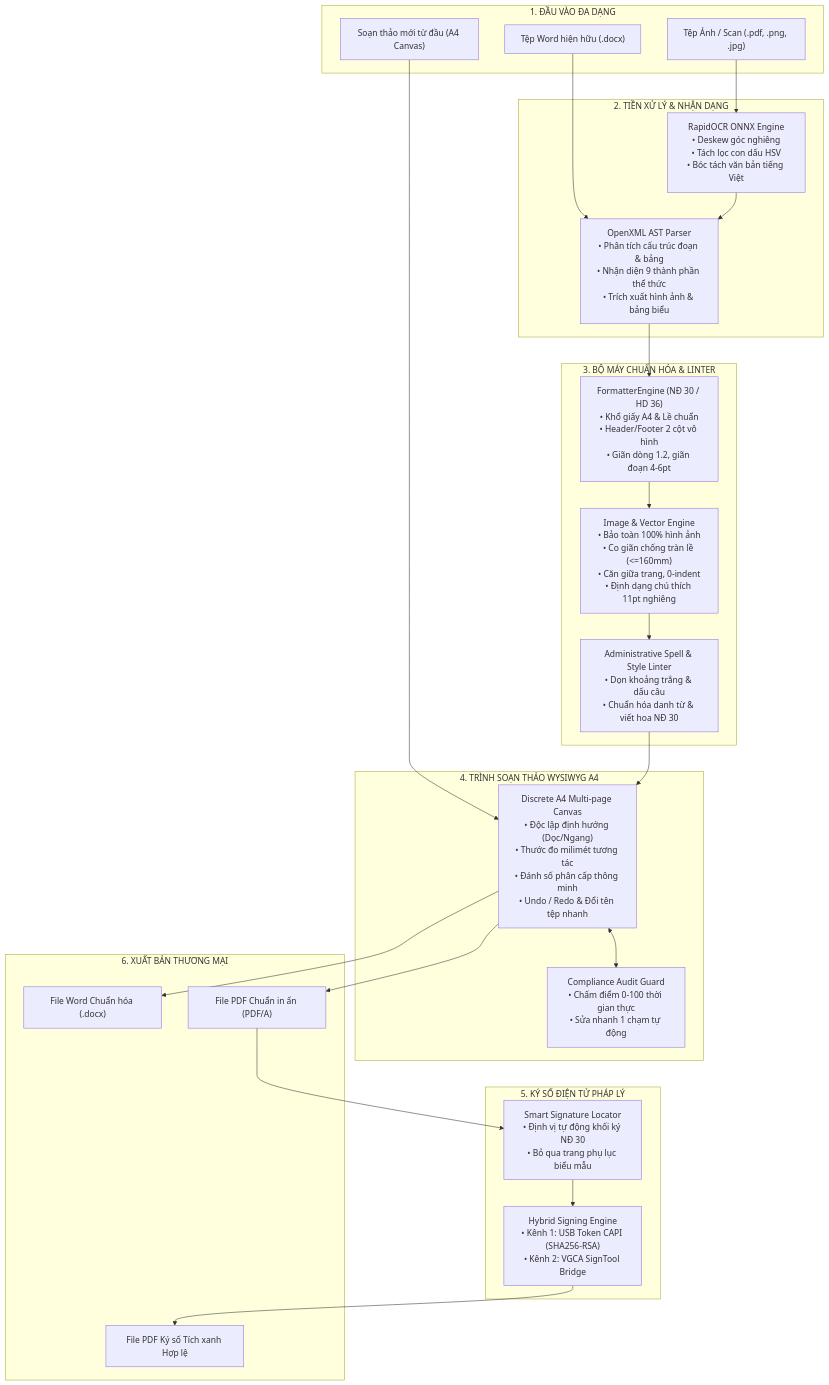
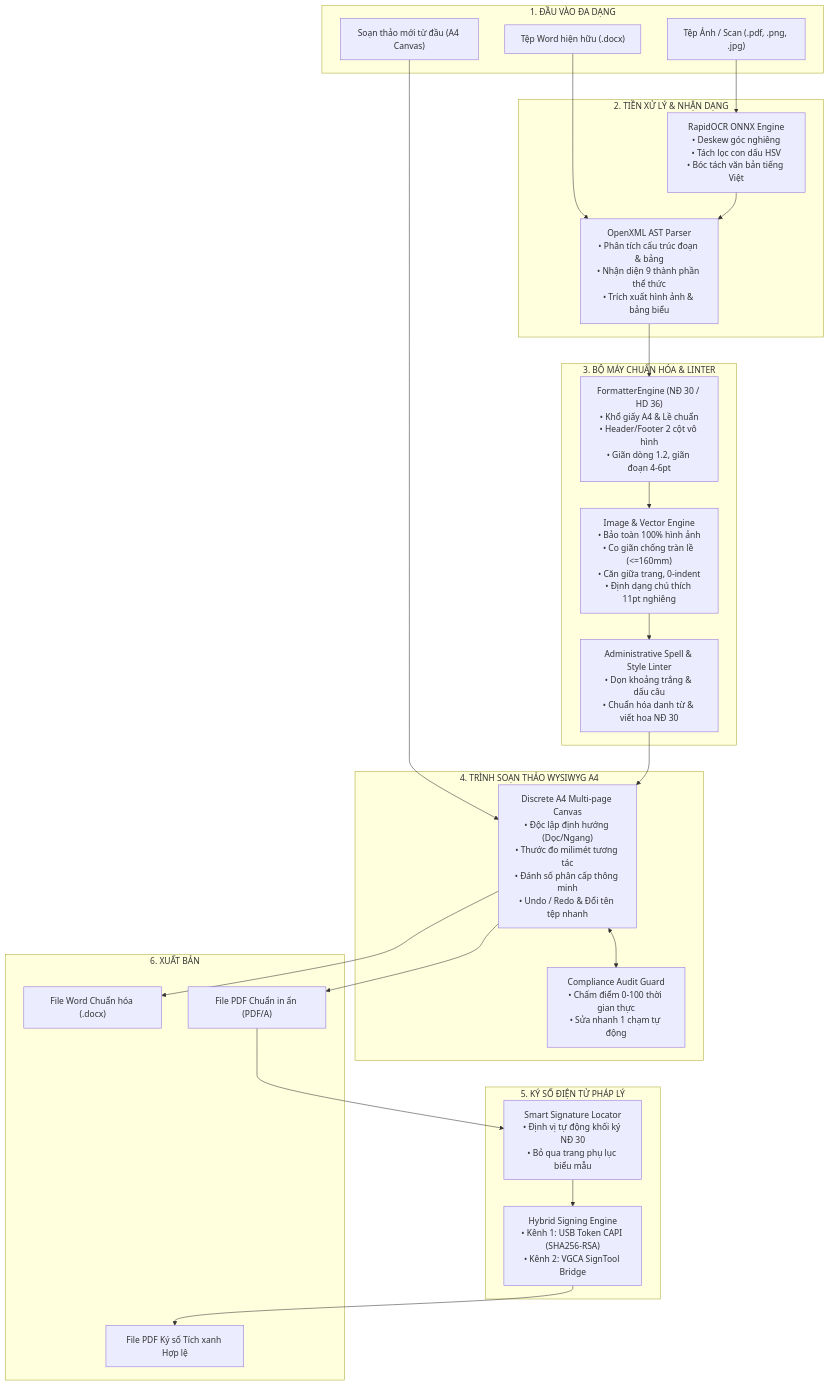
The first of 2 diagrams in TAI_LIEU_DAC_TA_KY_THUAT.md (NguyenManhHieu204/autoFomatter), drawn with Mermaid before and after one commit. The commit also changed other lines of this file and 2 other files, not shown here.

````diff
--- a/TAI_LIEU_DAC_TA_KY_THUAT.md
+++ b/TAI_LIEU_DAC_TA_KY_THUAT.md
@@ -81,48 +81,48 @@
 ```mermaid
 flowchart TD
     subgraph INPUT ["1. ĐẦU VÀO ĐA DẠNG"]
         DocxIn["Tệp Word hiện hữu (.docx)"]
         ScanIn["Tệp Ảnh / Scan (.pdf, .png, .jpg)"]
         NewIn["Soạn thảo mới từ đầu (A4 Canvas)"]
     end
 
     subgraph INGESTION ["2. TIỀN XỬ LÝ & NHẬN DẠNG"]
         OCR["RapidOCR ONNX Engine<br/>• Deskew góc nghiêng<br/>• Tách lọc con dấu HSV<br/>• Bóc tách văn bản tiếng Việt"]
         AST["OpenXML AST Parser<br/>• Phân tích cấu trúc đoạn & bảng<br/>• Nhận diện 9 thành phần thể thức<br/>• Trích xuất hình ảnh & bảng biểu"]
     end
 
     subgraph NORMALIZATION ["3. BỘ MÁY CHUẨN HÓA & LINTER"]
         Engine["FormatterEngine (NĐ 30 / HD 36)<br/>• Khổ giấy A4 & Lề chuẩn<br/>• Header/Footer 2 cột vô hình<br/>• Giãn dòng 1.2, giãn đoạn 4-6pt"]
         ImgEngine["Image & Vector Engine<br/>• Bảo toàn 100% hình ảnh<br/>• Co giãn chống tràn lề (<=160mm)<br/>• Căn giữa trang, 0-indent<br/>• Định dạng chú thích 11pt nghiêng"]
         Linter["Administrative Spell & Style Linter<br/>• Dọn khoảng trắng & dấu câu<br/>• Chuẩn hóa danh từ & viết hoa NĐ 30"]
     end
 
     subgraph EDITOR ["4. TRÌNH SOẠN THẢO WYSIWYG A4"]
         Canvas["Discrete A4 Multi-page Canvas<br/>• Độc lập định hướng (Dọc/Ngang)<br/>• Thước đo milimét tương tác<br/>• Đánh số phân cấp thông minh<br/>• Undo / Redo & Đổi tên tệp nhanh"]
         Audit["Compliance Audit Guard<br/>• Chấm điểm 0-100 thời gian thực<br/>• Sửa nhanh 1 chạm tự động"]
     end
 
     subgraph SIGNING ["5. KÝ SỐ ĐIỆN TỬ PHÁP LÝ"]
         SmartLoc["Smart Signature Locator<br/>• Định vị tự động khối ký NĐ 30<br/>• Bỏ qua trang phụ lục biểu mẫu"]
         HybridSign["Hybrid Signing Engine<br/>• Kênh 1: USB Token CAPI (SHA256-RSA)<br/>• Kênh 2: VGCA SignTool Bridge"]
     end
 
-    subgraph OUTPUT ["6. XUẤT BẢN THƯƠNG MẠI"]
+    subgraph OUTPUT ["6. XUẤT BẢN"]
         DocxOut["File Word Chuẩn hóa (.docx)"]
         PdfOut["File PDF Chuẩn in ấn (PDF/A)"]
         SignedPdf["File PDF Ký số Tích xanh Hợp lệ"]
     end
 
     DocxIn --> AST
     ScanIn --> OCR --> AST
     NewIn --> Canvas
 
     AST --> Engine
     Engine --> ImgEngine --> Linter
     Linter --> Canvas
     Canvas <--> Audit
 
     Canvas --> DocxOut
     Canvas --> PdfOut
     PdfOut --> SmartLoc --> HybridSign --> SignedPdf
 ```
````
